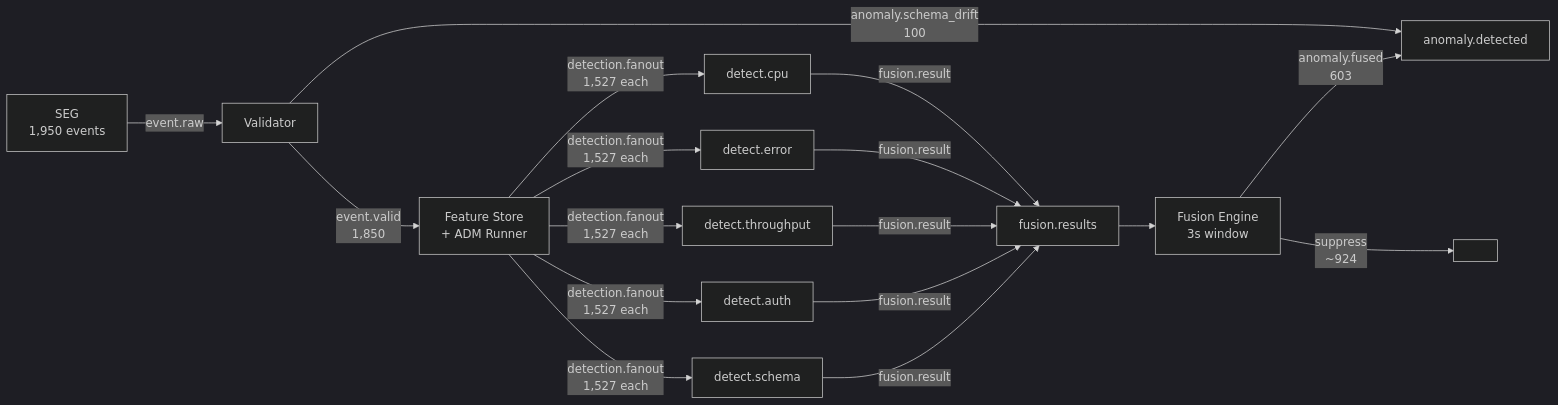
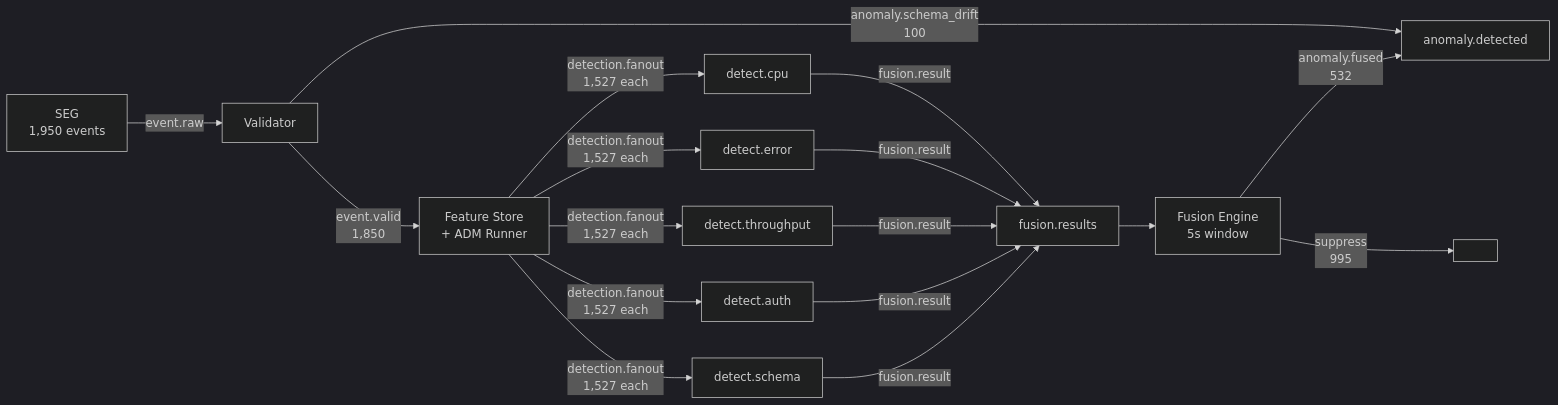
One commit to Spectre206/fyp-pipeline changed diagram 12 of 12 in layer1/docs/layer1_component_log.md. Above: the diagram before and after it, drawn with Mermaid (dark theme). The commit also changed other lines of this file and 9 other files, not shown here.

Commit message:
feat: propagate node and affected_component through Layer 1 detectors and Fusion Engine, update docs

````diff
--- a/layer1/docs/layer1_component_log.md
+++ b/layer1/docs/layer1_component_log.md
@@ -432,15 +446,15 @@
 ```mermaid
 flowchart LR
     SEG[SEG<br/>1,950 events] -->|event.raw| VAL[Validator]
     VAL -->|event.valid<br/>1,850| FS[Feature Store<br/>+ ADM Runner]
     VAL -->|anomaly.schema_drift<br/>100| AD[anomaly.detected]
     FS -->|detection.fanout<br/>1,527 each| D1[detect.cpu]
     FS -->|detection.fanout<br/>1,527 each| D2[detect.error]
     FS -->|detection.fanout<br/>1,527 each| D3[detect.throughput]
     FS -->|detection.fanout<br/>1,527 each| D4[detect.auth]
     FS -->|detection.fanout<br/>1,527 each| D5[detect.schema]
     D1 & D2 & D3 & D4 & D5 -->|fusion.result| FR[fusion.results]
-    FR --> FE[Fusion Engine<br/>3s window]
-    FE -->|anomaly.fused<br/>603| AD
-    FE -->|suppress<br/>~924| X[ ]
+    FR --> FE[Fusion Engine<br/>5s window]
+    FE -->|anomaly.fused<br/>532| AD
+    FE -->|suppress<br/>995| X[ ]
 ```
````
